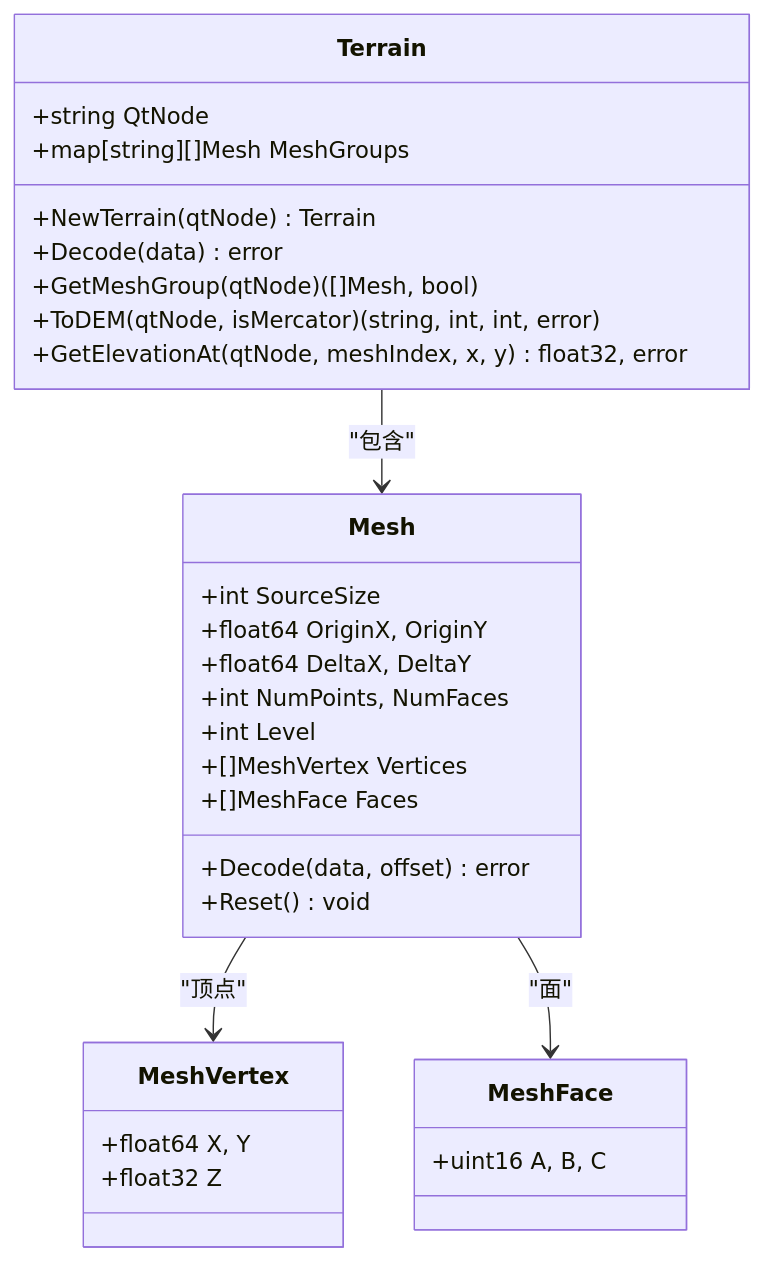
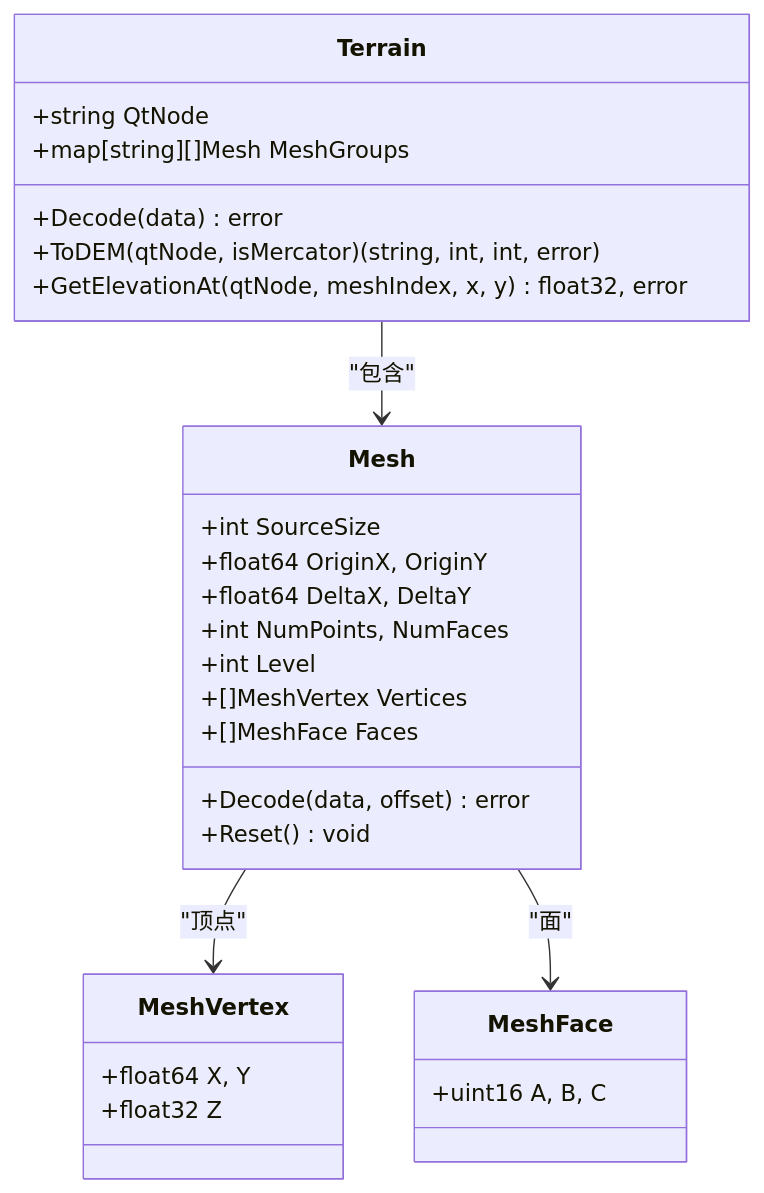
Before and after one commit to vistone/crawler-platform: the fourth of 16 diagrams in .qoder/repowiki/zh/content/核心功能/Google Earth 认证.md, drawn with Mermaid. The commit also changed other lines of this file and 40 other files, not shown here.

````diff
--- a/.qoder/repowiki/zh/content/核心功能/Google Earth 认证.md
+++ b/.qoder/repowiki/zh/content/核心功能/Google Earth 认证.md
@@ -259,33 +177,31 @@
 ```mermaid
 classDiagram
-class Terrain {
-+string QtNode
-+map[string][]Mesh MeshGroups
-+NewTerrain(qtNode) Terrain
-+Decode(data) error
-+GetMeshGroup(qtNode) ([]Mesh, bool)
-+ToDEM(qtNode, isMercator) (string, int, int, error)
-+GetElevationAt(qtNode, meshIndex, x, y) float32, error
-}
 class Mesh {
 +int SourceSize
 +float64 OriginX, OriginY
 +float64 DeltaX, DeltaY
 +int NumPoints, NumFaces
 +int Level
 +[]MeshVertex Vertices
 +[]MeshFace Faces
 +Decode(data, offset) error
 +Reset() void
 }
 class MeshVertex {
 +float64 X, Y
 +float32 Z
 }
 class MeshFace {
 +uint16 A, B, C
 }
+class Terrain {
++string QtNode
++map[string][]Mesh MeshGroups
++Decode(data) error
++ToDEM(qtNode, isMercator) (string, int, int, error)
++GetElevationAt(qtNode, meshIndex, x, y) float32, error
+}
 Terrain --> Mesh : "包含"
 Mesh --> MeshVertex : "顶点"
 Mesh --> MeshFace : "面"
 ```
````
